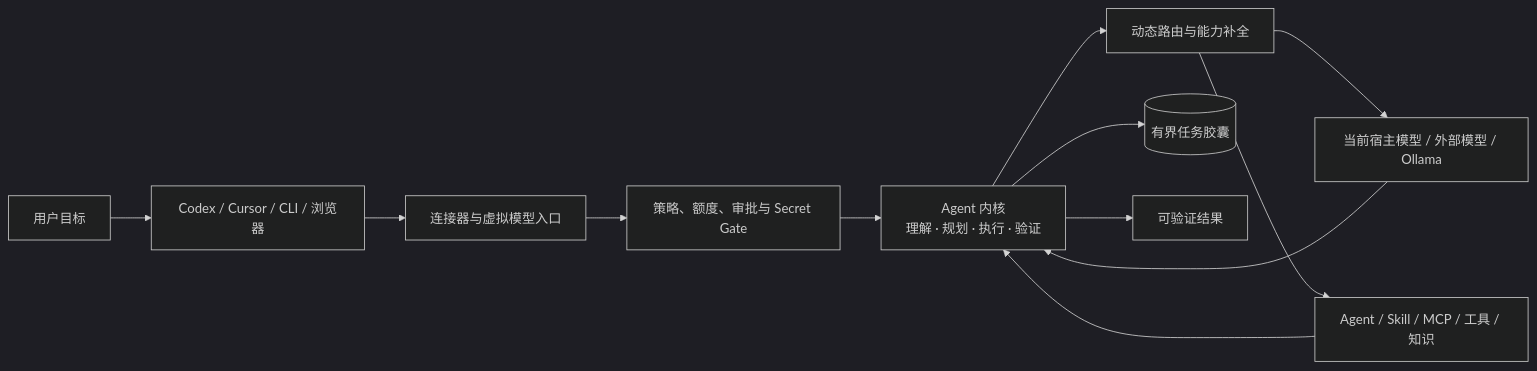
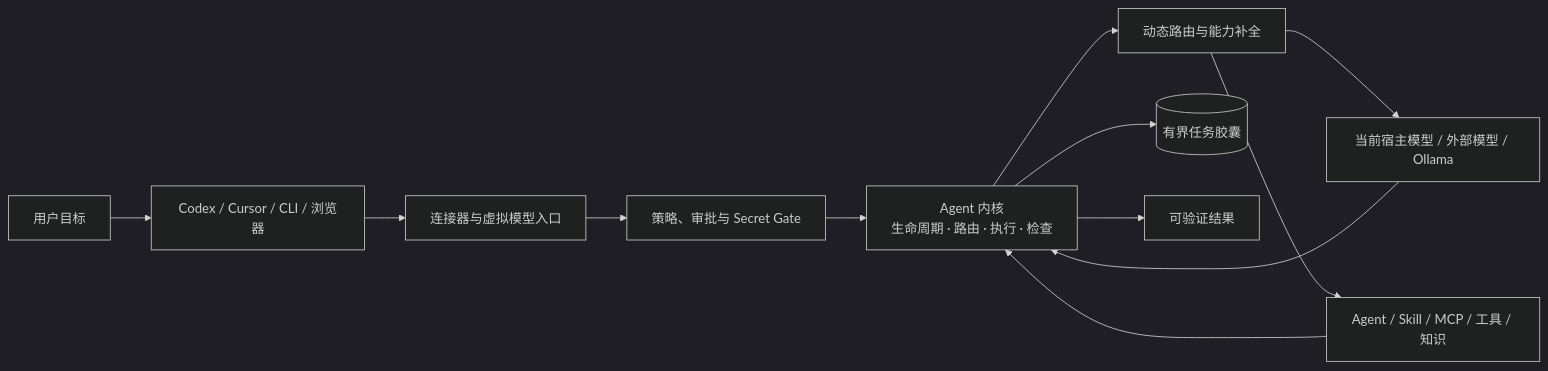
The first of 4 diagrams in docs/ARCHITECTURE.md (skillnull/AI-Tidu9), drawn with Mermaid (dark theme) before and after one commit. The commit also changed other lines of this file and 43 other files, not shown here.

````diff
--- a/docs/ARCHITECTURE.md
+++ b/docs/ARCHITECTURE.md
@@ -20,14 +20,14 @@
 ```mermaid
 flowchart LR
   User[用户目标] --> Surface[Codex / Cursor / CLI / 浏览器]
   Surface --> Entry[连接器与虚拟模型入口]
-  Entry --> Gate[策略、额度、审批与 Secret Gate]
-  Gate --> Kernel[Agent 内核<br/>理解 · 规划 · 执行 · 验证]
+  Entry --> Gate[策略、审批与 Secret Gate]
+  Gate --> Kernel[Agent 内核<br/>生命周期 · 路由 · 执行 · 检查]
   Kernel --> Router[动态路由与能力补全]
   Router --> Models[当前宿主模型 / 外部模型 / Ollama]
   Router --> Assets[Agent / Skill / MCP / 工具 / 知识]
   Models --> Kernel
   Assets --> Kernel
   Kernel --> Capsule[(有界任务胶囊)]
   Kernel --> Result[可验证结果]
 ```
````
